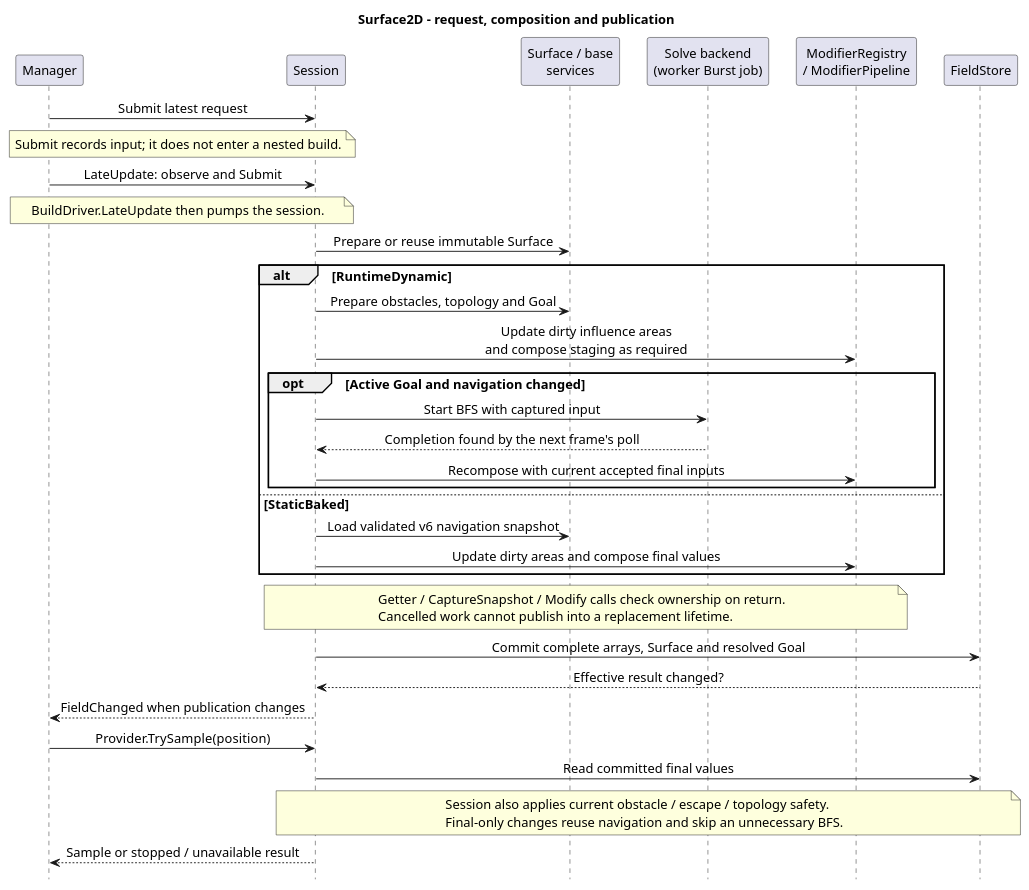
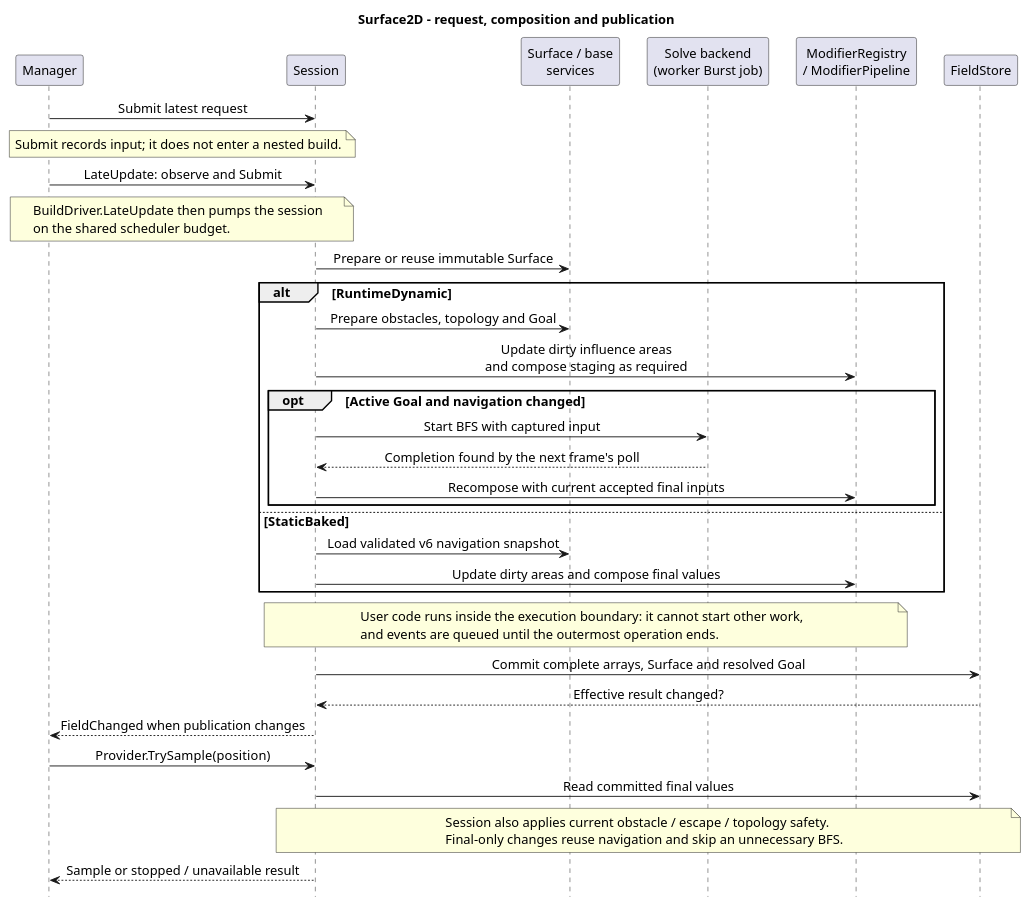
Before and after one commit to youwonsock/tool-unity-editor: the diagram in ToyProject/Assets/_FlowField/Docs/flowfield-surface.puml, drawn with PlantUML. The commit also changed 6 other files, not shown here.

First line of the commit message:
FlowField: 샘플 C 키를 지우고 실제 조작 확인과 문서를 마무리

```diff
--- a/ToyProject/Assets/_FlowField/Docs/flowfield-surface.puml
+++ b/ToyProject/Assets/_FlowField/Docs/flowfield-surface.puml
@@ -1,43 +1,43 @@
 @startuml flowfield-surface
 skinparam shadowing false
 skinparam defaultFontName SansSerif
 skinparam defaultFontSize 14
 skinparam sequenceMessageAlign center
 skinparam ParticipantPadding 10
 skinparam BoxPadding 6
 hide footbox
 title Surface2D - request, composition and publication
 
 participant "Manager" as M
 participant "Session" as S
 participant "Surface / base\nservices" as B
 participant "Solve backend\n(worker Burst job)" as G
 participant "ModifierRegistry\n/ ModifierPipeline" as F
 participant "FieldStore" as P
 
 M -> S : Submit latest request
 note over M,S : Submit records input; it does not enter a nested build.
 M -> S : LateUpdate: observe and Submit
-note over M,S : BuildDriver.LateUpdate then pumps the session.
+note over M,S : BuildDriver.LateUpdate then pumps the session\non the shared scheduler budget.
 S -> B : Prepare or reuse immutable Surface
 alt RuntimeDynamic
   S -> B : Prepare obstacles, topology and Goal
   S -> F : Update dirty influence areas\nand compose staging as required
   opt Active Goal and navigation changed
     S -> G : Start BFS with captured input
     G --> S : Completion found by the next frame's poll
     S -> F : Recompose with current accepted final inputs
   end
 else StaticBaked
   S -> B : Load validated v6 navigation snapshot
   S -> F : Update dirty areas and compose final values
 end
-note over S,F : Getter / CaptureSnapshot / Modify calls check ownership on return.\nCancelled work cannot publish into a replacement lifetime.
+note over S,F : User code runs inside the execution boundary: it cannot start other work,\nand events are queued until the outermost operation ends.
 S -> P : Commit complete arrays, Surface and resolved Goal
 P --> S : Effective result changed?
 S --> M : FieldChanged when publication changes
 M -> S : Provider.TrySample(position)
 S -> P : Read committed final values
 note over S,P : Session also applies current obstacle / escape / topology safety.\nFinal-only changes reuse navigation and skip an unnecessary BFS.
 S --> M : Sample or stopped / unavailable result
 @enduml
```
